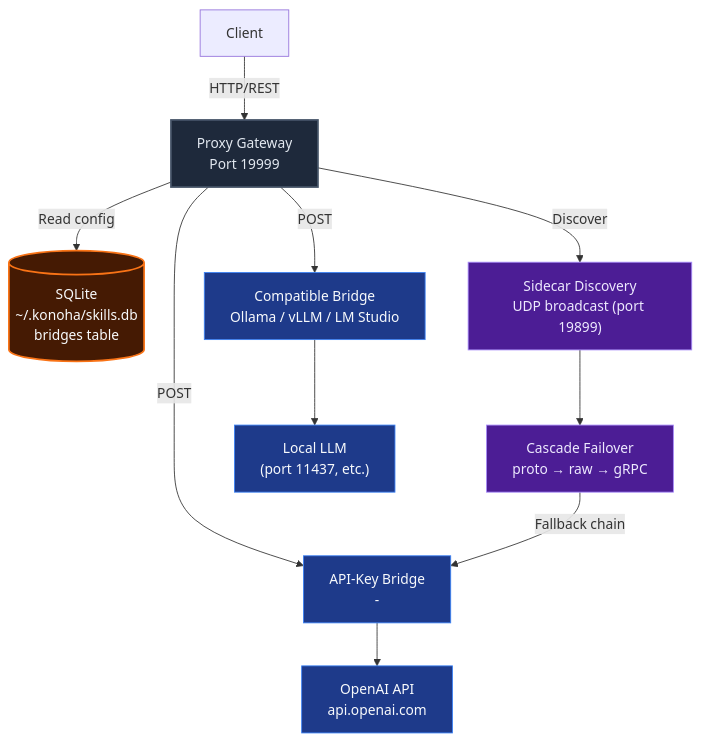
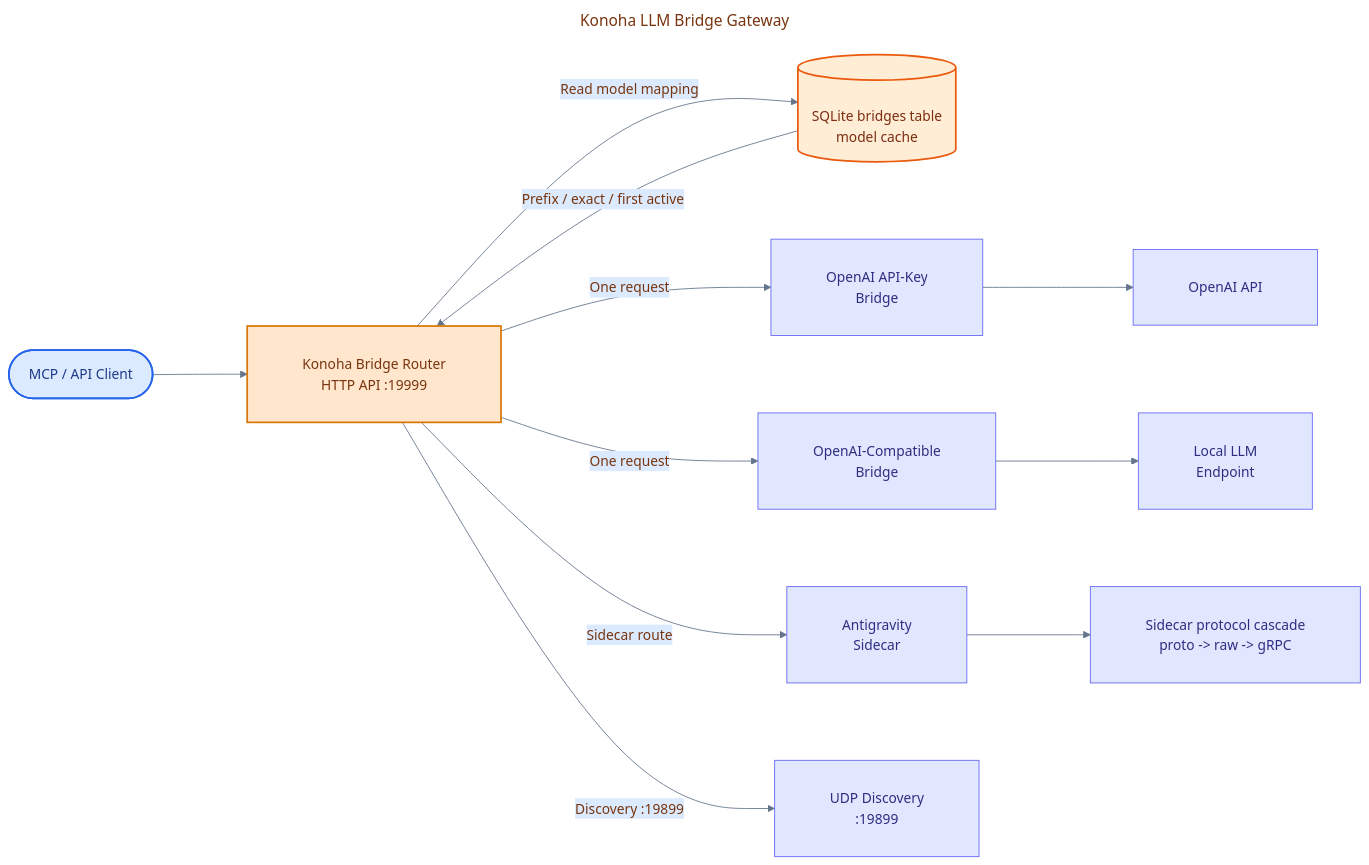
One commit to andycungkrinx91/konoha changed the diagram in docs/LLM-BRIDGE-GATEWAY.md. Above: the diagram before and after it, drawn with Mermaid. The commit also changed other lines of this file and 218 other files, not shown here.

````diff
--- a/docs/LLM-BRIDGE-GATEWAY.md
+++ b/docs/LLM-BRIDGE-GATEWAY.md
@@ -7,27 +11,41 @@
 ```mermaid
-graph TD
-    classDef client  fill:#0f172a,stroke:#38bdf8,stroke-width:2px,color:#f8fafc;
-    classDef gateway fill:#1e293b,stroke:#475569,stroke-width:2px,color:#e2e8f0;
-    classDef bridge  fill:#1e3a8a,stroke:#3b82f6,stroke-width:1px,color:#f8fafc;
-    classDef db      fill:#451a03,stroke:#f97316,stroke-width:2px,color:#f8fafc;
-    classDef proto   fill:#4c1d95,stroke:#a78bfa,stroke-width:1px,color:#ede9fe;
+---
+title: Konoha LLM Bridge Gateway
+config:
+  theme: base
+  themeVariables:
+    background: '#ffffff'
+    primaryColor: '#ffe6cc'
+    primaryTextColor: '#78350f'
+    primaryBorderColor: '#d97706'
+    lineColor: '#64748b'
+    secondaryColor: '#dbeafe'
+    tertiaryColor: '#ede9fe'
+    fontFamily: 'Inter, ui-sans-serif, system-ui, sans-serif'
+  flowchart:
+    nodeSpacing: 90
+    rankSpacing: 110
+    padding: 32
+    wrappingWidth: 360
+---
+flowchart LR
+    Client([MCP / API Client]) --> Gateway[Konoha Bridge Router<br/>HTTP API :19999]
+    Gateway -->|Read model mapping| Bridges[(SQLite bridges table<br/>model cache)]
+    Bridges -->|Prefix / exact / first active| Gateway
+    Gateway -->|One request| OpenAI[OpenAI API-Key<br/>Bridge]
+    Gateway -->|One request| Compatible[OpenAI-Compatible<br/>Bridge]
+    Gateway -->|Sidecar route| Antigravity[Antigravity<br/>Sidecar]
+    OpenAI --> OpenAIAPI[OpenAI API]
+    Compatible --> Local[Local LLM<br/>Endpoint]
+    Antigravity --> Cascade[Sidecar protocol cascade<br/>proto -> raw -> gRPC]
+    Gateway -->|Discovery :19899| Discovery[UDP Discovery<br/>:19899]
 
-    Gateway["Proxy Gateway\nPort 19999"]:::gateway
-    SQLite[("SQLite\n~/.konoha/skills.db\nbridges table")]:::db
-    Sidecar["Sidecar Discovery\nUDP broadcast (port 19899)"]:::proto
-    Cascade["Cascade Failover\nproto → raw → gRPC"]:::proto
-    BridgeA["API-Key Bridge\n<name>-<model>"]:::bridge
-    BridgeB["Compatible Bridge\nOllama / vLLM / LM Studio"]:::bridge
-    OpenAI["OpenAI API\napi.openai.com"]:::bridge
-    LocalLLM["Local LLM\n(port 11437, etc.)"]:::bridge
-
-    Client -->|HTTP/REST| Gateway
-    Gateway -->|Read config| SQLite
-    Gateway -->|POST| BridgeA
-    Gateway -->|POST| BridgeB
-    BridgeA --> OpenAI
-    BridgeB --> LocalLLM
-    Gateway -->|Discover| Sidecar
-    Sidecar --> Cascade
-    Cascade -->|Fallback chain| BridgeA
+    classDef client fill:#dbeafe,stroke:#2563eb,color:#1e3a8a,stroke-width:2px
+    classDef gateway fill:#ffe6cc,stroke:#d97706,color:#78350f,stroke-width:2px
+    classDef bridge fill:#e0e7ff,stroke:#6366f1,color:#312e81
+    classDef storage fill:#ffedd5,stroke:#ea580c,color:#7c2d12,stroke-width:2px
+    class Client client
+    class Gateway gateway
+    class OpenAI,Compatible,Antigravity,OpenAIAPI,Local,Cascade,Discovery bridge
+    class Bridges storage
 ```
````
